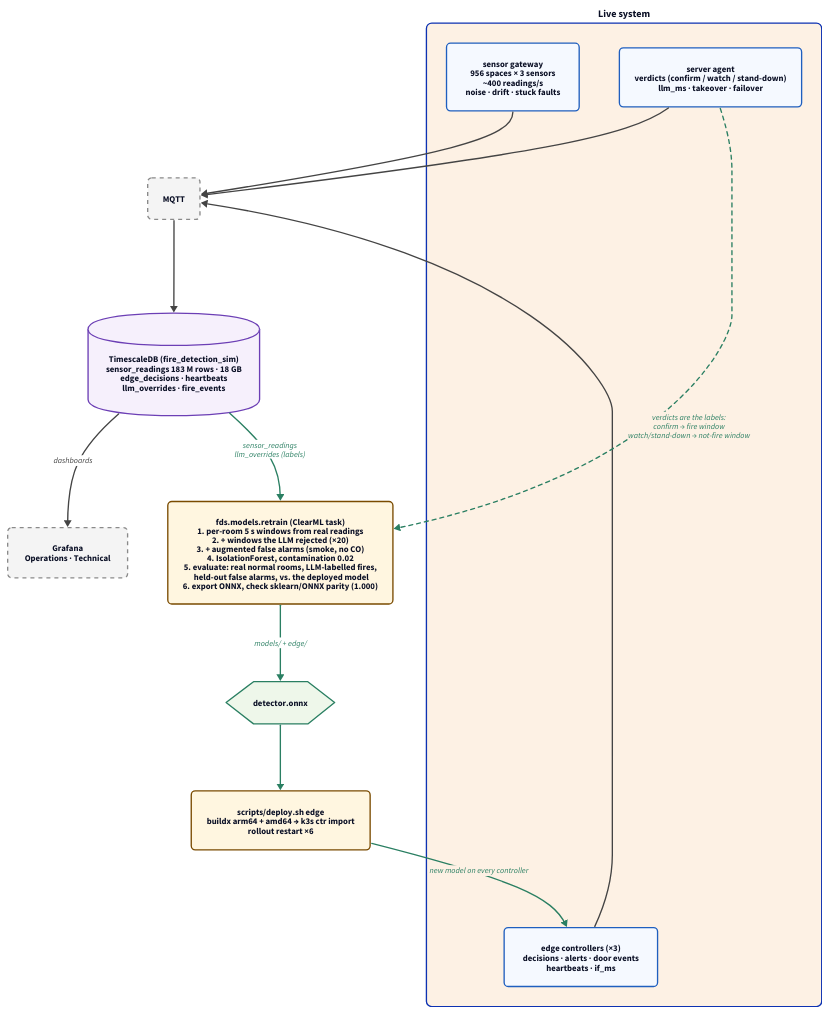
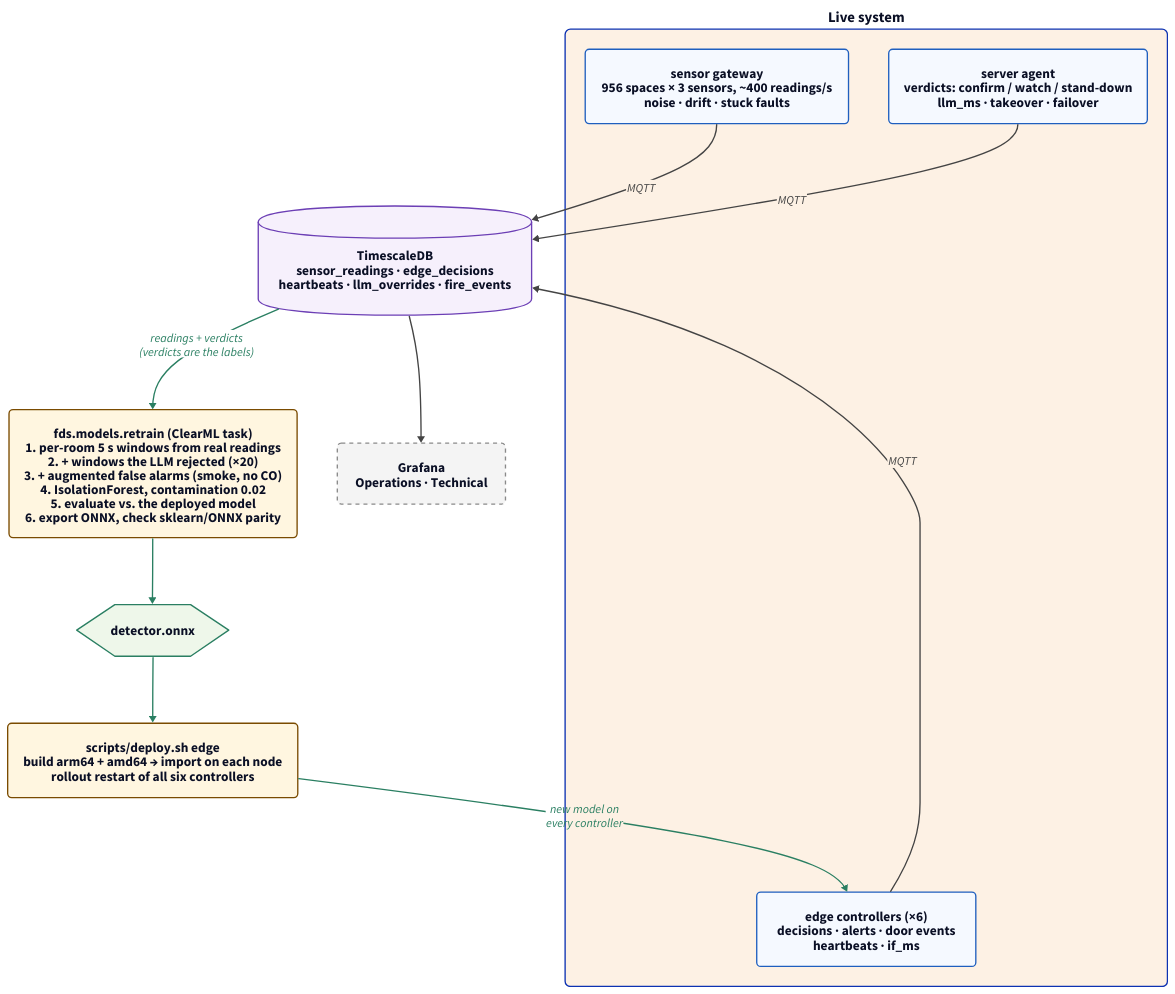
Before and after one commit to applied-ai-ltu/d7065e: the diagram in docs/diagrams/05-data-mlops.d2, drawn with D2. The commit also changed other lines of this file and 17 other files, not shown here.

Commit message:
docs: decision flow split into per-tier figures, MLOps loop redrawn for print

```diff
--- a/docs/diagrams/05-data-mlops.d2
+++ b/docs/diagrams/05-data-mlops.d2
@@ -1,42 +1,35 @@
 direction: down
 
 classes: {
-  src: {style: {border-radius: 6; stroke: "#1f5fbf"; fill: "#f5f9ff"; font-size: 13}}
-  store: {shape: cylinder; style: {stroke: "#6c3fb5"; fill: "#f6f0fc"; font-size: 13}}
-  job: {style: {border-radius: 6; stroke: "#7a4b00"; fill: "#fff6e0"; font-size: 13}}
-  model: {shape: hexagon; style: {stroke: "#2a7f62"; fill: "#eef7ea"; font-size: 13; bold: true}}
-  ui: {style: {border-radius: 6; stroke: "#8a8a8a"; fill: "#f4f4f4"; stroke-dash: 3; font-size: 13}}
-  flow: {style: {font-size: 12; stroke: "#444"; font-color: "#444"}}
-  loop: {style: {font-size: 12; stroke: "#2a7f62"; font-color: "#2a7f62"; stroke-width: 2}}
-  box: {style: {stroke-width: 2; border-radius: 8; font-size: 15; bold: true}}
+  src: {style: {border-radius: 6; stroke: "#1f5fbf"; fill: "#f5f9ff"; font-size: 20}}
+  store: {shape: cylinder; style: {stroke: "#6c3fb5"; fill: "#f6f0fc"; font-size: 20}}
+  job: {style: {border-radius: 6; stroke: "#7a4b00"; fill: "#fff6e0"; font-size: 20}}
+  model: {shape: hexagon; style: {stroke: "#2a7f62"; fill: "#eef7ea"; font-size: 20; bold: true}}
+  ui: {style: {border-radius: 6; stroke: "#8a8a8a"; fill: "#f4f4f4"; stroke-dash: 3; font-size: 20}}
+  flow: {style: {font-size: 18; stroke: "#444"; font-color: "#444"}}
+  loop: {style: {font-size: 18; stroke: "#2a7f62"; font-color: "#2a7f62"; stroke-width: 2}}
+  box: {style: {stroke-width: 2; border-radius: 8; font-size: 22; bold: true}}
 }
 
 live: "Live system" {
   class: box
   style.fill: "#fdf1e4"
-  gw: "sensor gateway\n956 spaces × 3 sensors\n~400 readings/s\nnoise · drift · stuck faults" {class: src}
-  edge: "edge controllers (×3)\ndecisions · alerts · door events\nheartbeats · if_ms" {class: src}
-  agent: "server agent\nverdicts (confirm / watch / stand-down)\nllm_ms · takeover · failover" {class: src}
+  gw: "sensor gateway\n956 spaces × 3 sensors, ~400 readings/s\nnoise · drift · stuck faults" {class: src}
+  edge: "edge controllers (×6)\ndecisions · alerts · door events\nheartbeats · if_ms" {class: src}
+  agent: "server agent\nverdicts: confirm / watch / stand-down\nllm_ms · takeover · failover" {class: src}
 }
 
-mq: "MQTT" {class: ui}
+db: "TimescaleDB\nsensor_readings · edge_decisions\nheartbeats · llm_overrides · fire_events" {class: store}
+grafana: "Grafana\nOperations · Technical" {class: ui}
+retrain: "fds.models.retrain (ClearML task)\n1. per-room 5 s windows from real readings\n2. + windows the LLM rejected (×20)\n3. + augmented false alarms (smoke, no CO)\n4. IsolationForest, contamination 0.02\n5. evaluate vs. the deployed model\n6. export ONNX, check sklearn/ONNX parity" {class: job}
+onnx: "detector.onnx" {class: model}
+deploy: "scripts/deploy.sh edge\nbuild arm64 + amd64 → import on each node\nrollout restart of all six controllers" {class: job}
 
-db: "TimescaleDB  (fire_detection_sim)\nsensor_readings  183 M rows · 18 GB\nedge_decisions · heartbeats\nllm_overrides · fire_events" {class: store}
-
-grafana: "Grafana\nOperations · Technical" {class: ui}
-
-retrain: "fds.models.retrain  (ClearML task)\n1. per-room 5 s windows from real readings\n2. + windows the LLM rejected (×20)\n3. + augmented false alarms (smoke, no CO)\n4. IsolationForest, contamination 0.02\n5. evaluate: real normal rooms, LLM-labelled fires,\n   held-out false alarms, vs. the deployed model\n6. export ONNX, check sklearn/ONNX parity (1.000)" {class: job}
-
-onnx: "detector.onnx" {class: model}
-
-deploy: "scripts/deploy.sh edge\nbuildx arm64 + amd64 → k3s ctr import\nrollout restart ×6" {class: job}
-
-live.gw -> mq -> db {class: flow}
-live.edge -> mq {class: flow}
-live.agent -> mq {class: flow}
-db -> grafana: "dashboards" {class: flow}
-db -> retrain: "sensor_readings\nllm_overrides (labels)" {class: loop}
-retrain -> onnx: "models/ + edge/" {class: loop}
+live.gw -> db: "MQTT" {class: flow}
+live.edge -> db: "MQTT" {class: flow}
+live.agent -> db: "MQTT" {class: flow}
+db -> grafana {class: flow}
+db -> retrain: "readings + verdicts\n(verdicts are the labels)" {class: loop}
+retrain -> onnx {class: loop}
 onnx -> deploy {class: loop}
-deploy -> live.edge: "new model on every controller" {class: loop}
-live.agent -> retrain: "verdicts are the labels:\nconfirm → fire window\nwatch/stand-down → not-fire window" {class: loop; style.stroke-dash: 3}
+deploy -> live.edge: "new model on\nevery controller" {class: loop}
```
